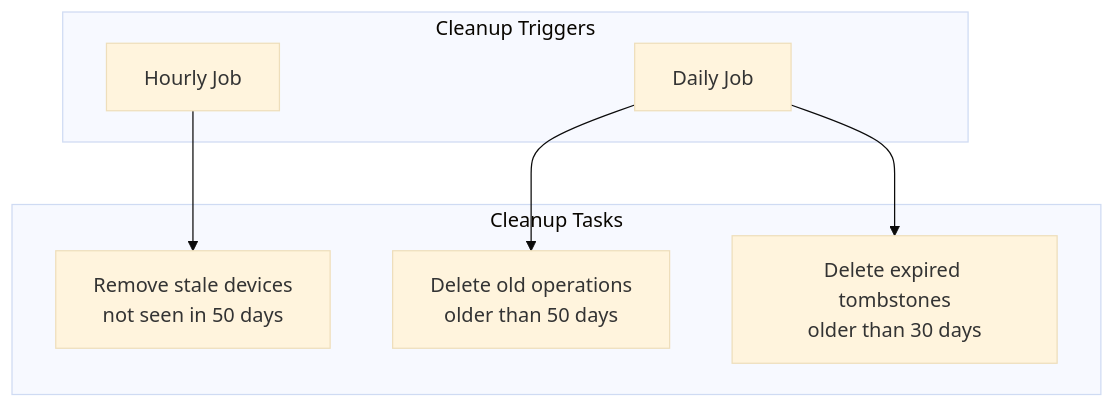
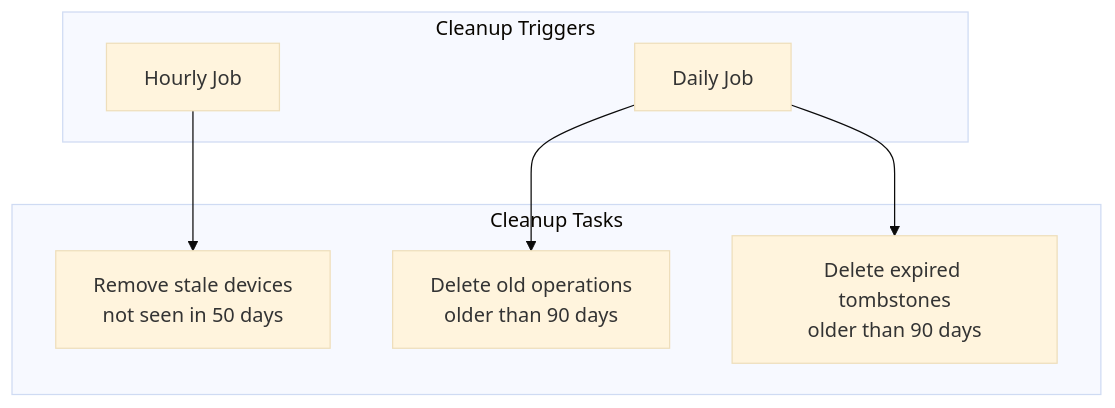
Diagram 15 of 26 in packages/super-sync-server/sync-server-architecture-diagrams.md (johannesjo/super-productivity), drawn with Mermaid (base theme) before and after one commit. The commit also changed 11 other files, not shown here.

````diff
--- a/packages/super-sync-server/sync-server-architecture-diagrams.md
+++ b/packages/super-sync-server/sync-server-architecture-diagrams.md
@@ -469,17 +469,17 @@
 ```mermaid
 flowchart TB
     subgraph Triggers["Cleanup Triggers"]
         Hourly[Hourly Job]
         Daily[Daily Job]
     end
 
     subgraph Cleanup["Cleanup Tasks"]
         StaleDevices[Remove stale devices<br/>not seen in 50 days]
-        OldOps[Delete old operations<br/>older than 50 days]
-        ExpiredTombstones[Delete expired tombstones<br/>older than 30 days]
+        OldOps[Delete old operations<br/>older than 90 days]
+        ExpiredTombstones[Delete expired tombstones<br/>older than 90 days]
     end
 
     Hourly --> StaleDevices
     Daily --> OldOps
     Daily --> ExpiredTombstones
 ```
````
